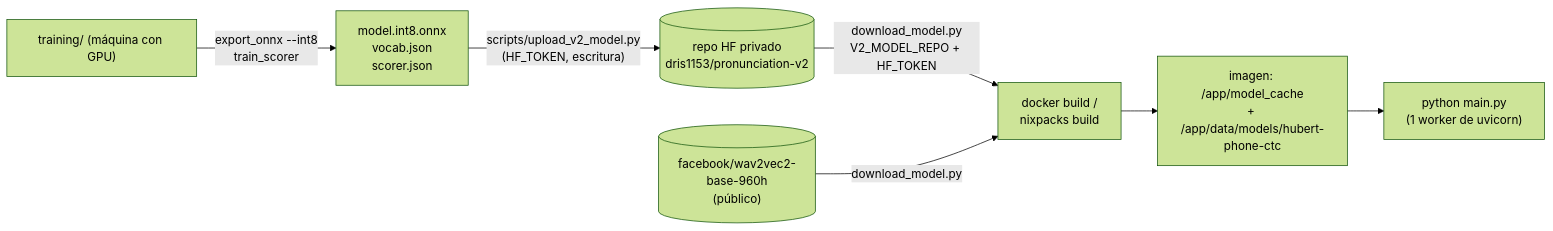
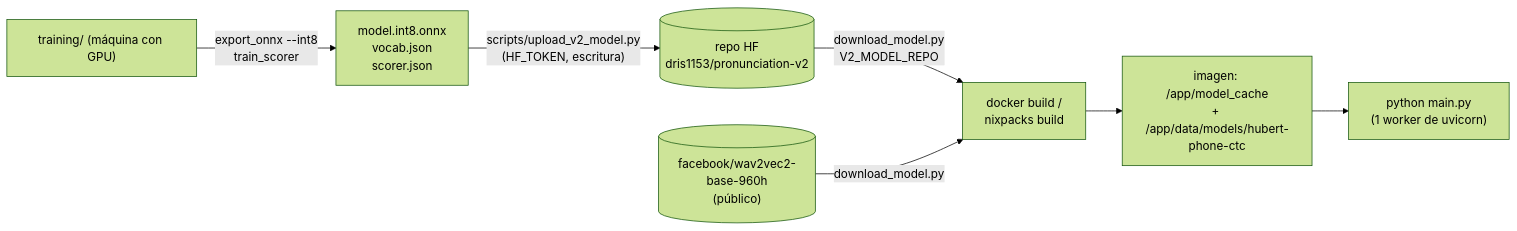
One commit to dris1153/pronunciation-service changed the diagram in languages/es/docs/deployment.md. Above: the diagram before and after it, drawn with Mermaid (forest theme). The commit also changed other lines of this file and 40 other files, not shown here.

````diff
--- a/languages/es/docs/deployment.md
+++ b/languages/es/docs/deployment.md
@@ -9,9 +9,9 @@
 ```mermaid
 flowchart LR
     train["training/ (máquina con GPU)"] -->|"export_onnx --int8<br/>train_scorer"| files["model.int8.onnx<br/>vocab.json<br/>scorer.json"]
-    files -->|"scripts/upload_v2_model.py<br/>(HF_TOKEN, escritura)"| hf[("repo HF privado<br/>dris1153/pronunciation-v2")]
-    hf -->|"download_model.py<br/>V2_MODEL_REPO + HF_TOKEN"| build["docker build /<br/>nixpacks build"]
+    files -->|"scripts/upload_v2_model.py<br/>(HF_TOKEN, escritura)"| hf[("repo HF<br/>dris1153/pronunciation-v2")]
+    hf -->|"download_model.py<br/>V2_MODEL_REPO"| build["docker build /<br/>nixpacks build"]
     pub[("facebook/wav2vec2-base-960h<br/>(público)")] -->|"download_model.py"| build
     build --> img["imagen: /app/model_cache<br/>+ /app/data/models/hubert-phone-ctc"]
     img --> run["python main.py<br/>(1 worker de uvicorn)"]
 ```
````
